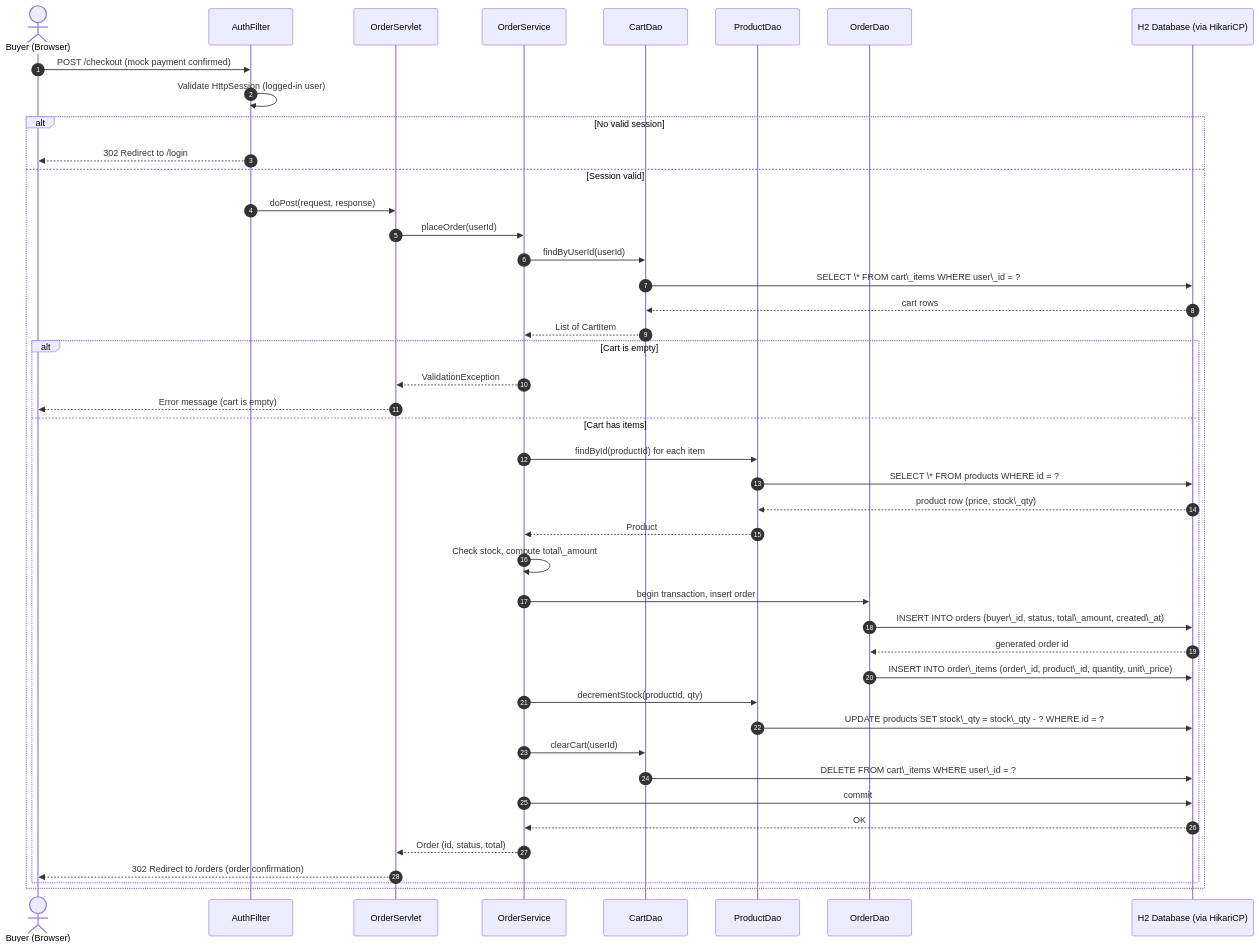
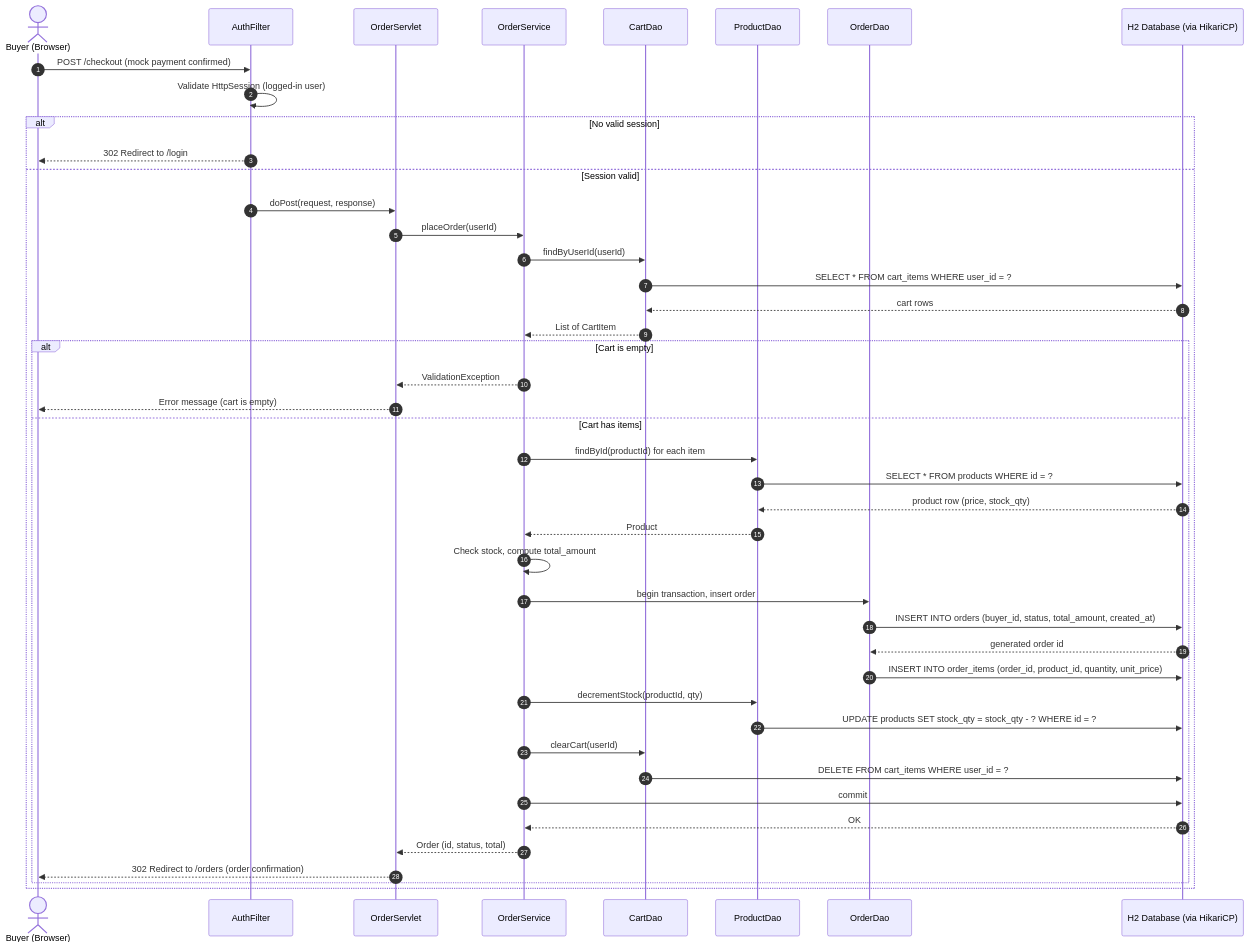
One commit to mahalakshmisr301107-arch/CrownMart changed the third of 3 diagrams in docs/DIAGRAMS.md. Above: the diagram before and after it, drawn with Mermaid. The commit also changed other lines of this file, not shown here.

Commit message:
fix: remove markdown escape characters from diagrams

````diff
--- a/docs/DIAGRAMS.md
+++ b/docs/DIAGRAMS.md
@@ -118,47 +118,47 @@
 ```mermaid
 sequenceDiagram
     autonumber
     actor Buyer as Buyer (Browser)
     participant F as AuthFilter
     participant S as OrderServlet
     participant SV as OrderService
     participant CD as CartDao
     participant PD as ProductDao
     participant OD as OrderDao
     participant DB as H2 Database (via HikariCP)
 
     Buyer->>F: POST /checkout (mock payment confirmed)
     F->>F: Validate HttpSession (logged-in user)
     alt No valid session
         F-->>Buyer: 302 Redirect to /login
     else Session valid
         F->>S: doPost(request, response)
         S->>SV: placeOrder(userId)
         SV->>CD: findByUserId(userId)
-        CD->>DB: SELECT \* FROM cart\_items WHERE user\_id = ?
+        CD->>DB: SELECT * FROM cart_items WHERE user_id = ?
         DB-->>CD: cart rows
         CD-->>SV: List of CartItem
         alt Cart is empty
             SV-->>S: ValidationException
             S-->>Buyer: Error message (cart is empty)
         else Cart has items
             SV->>PD: findById(productId) for each item
-            PD->>DB: SELECT \* FROM products WHERE id = ?
-            DB-->>PD: product row (price, stock\_qty)
+            PD->>DB: SELECT * FROM products WHERE id = ?
+            DB-->>PD: product row (price, stock_qty)
             PD-->>SV: Product
-            SV->>SV: Check stock, compute total\_amount
+            SV->>SV: Check stock, compute total_amount
             SV->>OD: begin transaction, insert order
-            OD->>DB: INSERT INTO orders (buyer\_id, status, total\_amount, created\_at)
+            OD->>DB: INSERT INTO orders (buyer_id, status, total_amount, created_at)
             DB-->>OD: generated order id
-            OD->>DB: INSERT INTO order\_items (order\_id, product\_id, quantity, unit\_price)
+            OD->>DB: INSERT INTO order_items (order_id, product_id, quantity, unit_price)
             SV->>PD: decrementStock(productId, qty)
-            PD->>DB: UPDATE products SET stock\_qty = stock\_qty - ? WHERE id = ?
+            PD->>DB: UPDATE products SET stock_qty = stock_qty - ? WHERE id = ?
             SV->>CD: clearCart(userId)
-            CD->>DB: DELETE FROM cart\_items WHERE user\_id = ?
+            CD->>DB: DELETE FROM cart_items WHERE user_id = ?
             SV->>DB: commit
             DB-->>SV: OK
             SV-->>S: Order (id, status, total)
             S-->>Buyer: 302 Redirect to /orders (order confirmation)
         end
     end
 ```
````
